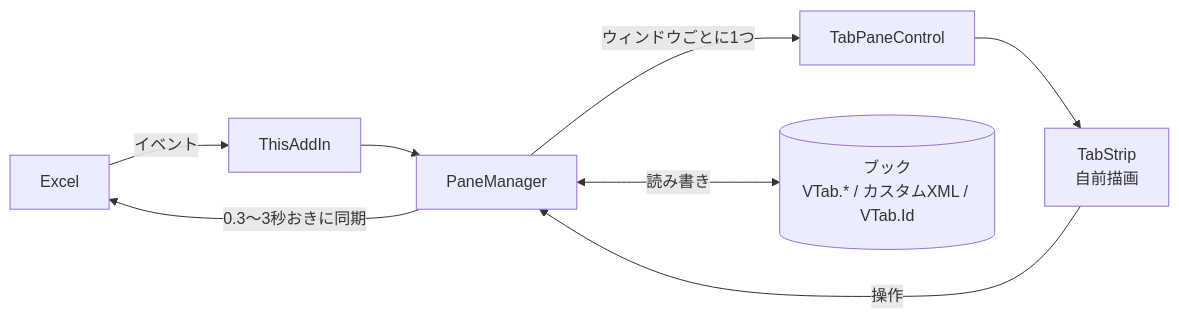
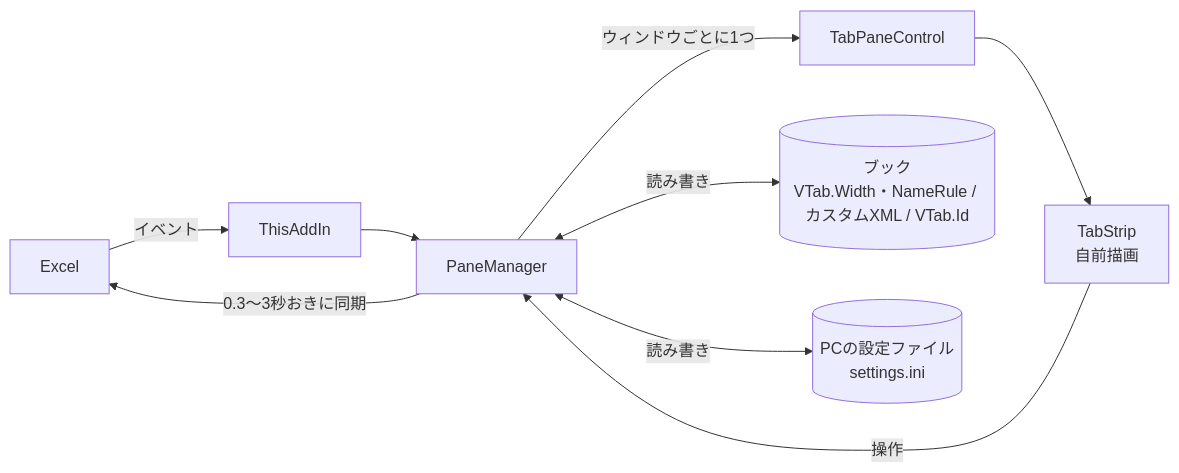
One commit to nk-taka623/VerticalSheetTabs changed the first of 2 diagrams in DEVELOPMENT.md. Above: the diagram before and after it, drawn with Mermaid. The commit also changed other lines of this file and 4 other files, not shown here.

````diff
--- a/DEVELOPMENT.md
+++ b/DEVELOPMENT.md
@@ -27,10 +28,11 @@
 ```mermaid
 flowchart LR
     Excel[Excel] -- イベント --> T[ThisAddIn]
     T --> P[PaneManager]
     P -- ウィンドウごとに1つ --> C[TabPaneControl]
     C --> S[TabStrip<br/>自前描画]
-    P <-- 読み書き --> W[(ブック<br/>VTab.* / カスタムXML / VTab.Id)]
+    P <-- 読み書き --> W[(ブック<br/>VTab.Width・NameRule / カスタムXML / VTab.Id)]
+    P <-- 読み書き --> F[(PCの設定ファイル<br/>settings.ini)]
     P -- 0.3〜3秒おきに同期 --> Excel
     S -- 操作 --> P
 ```
````
